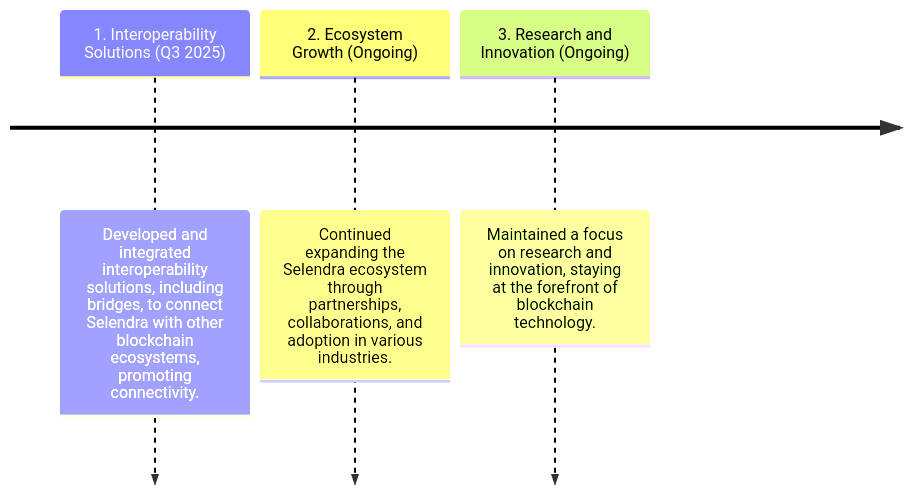
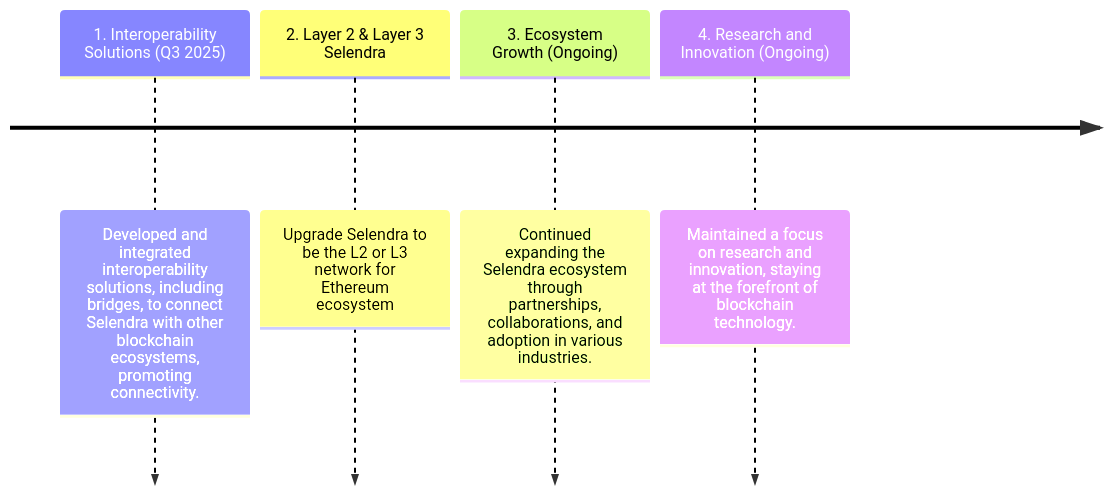
The sixth of 6 diagrams in pages/documents/introduction/roadmap.mdx (selendra/selendra-docs-v2), drawn with Mermaid before and after one commit. The commit also changed 4 other files, not shown here.

````diff
--- a/pages/documents/introduction/roadmap.mdx
+++ b/pages/documents/introduction/roadmap.mdx
@@ -105,10 +105,11 @@
 ```mermaid
 
 timeline
 
 1. Interoperability Solutions (Q3 2025): Developed and integrated interoperability solutions, including bridges, to connect Selendra with other blockchain ecosystems, promoting connectivity.
 
-2. Ecosystem Growth (Ongoing): Continued expanding the Selendra ecosystem through partnerships, collaborations, and adoption in various industries.
+2. Layer 2 & Layer 3 Selendra: Upgrade Selendra to be the L2 or L3 network for Ethereum ecosystem
+3. Ecosystem Growth (Ongoing): Continued expanding the Selendra ecosystem through partnerships, collaborations, and adoption in various industries.
 
-3. Research and Innovation (Ongoing): Maintained a focus on research and innovation, staying at the forefront of blockchain technology.
+4. Research and Innovation (Ongoing): Maintained a focus on research and innovation, staying at the forefront of blockchain technology.
 ```
````
